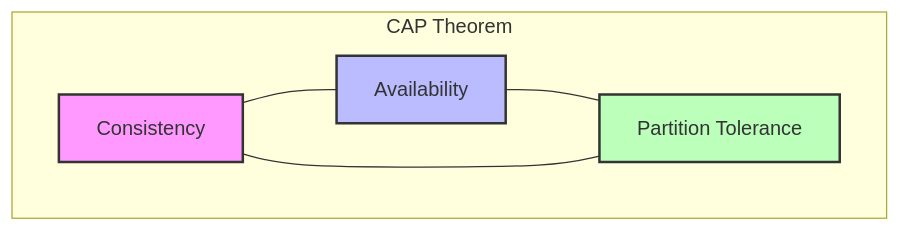
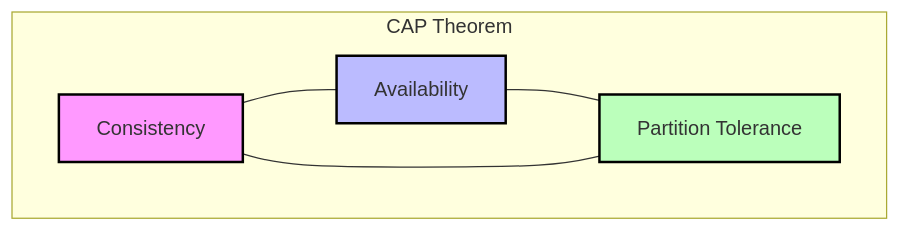
The first of 2 diagrams in SYSTEM-DESIGN/01-fundamentals/cap-theorem.md (bvvivek6/PLACEMENT-REVISION), drawn with Mermaid before and after one commit.

Commit message:
minor change

````diff
--- a/SYSTEM-DESIGN/01-fundamentals/cap-theorem.md
+++ b/SYSTEM-DESIGN/01-fundamentals/cap-theorem.md
@@ -31,12 +31,13 @@
 ```mermaid
 graph TD
     subgraph CAP Theorem
     C[Consistency] --- A[Availability]
     A --- P[Partition Tolerance]
     P --- C
     end
 
-    style C fill:#f9f,stroke:#333,stroke-width:2px
-    style A fill:#bbf,stroke:#333,stroke-width:2px
-    style P fill:#bfb,stroke:#333,stroke-width:2px
+    style C fill:#f9f,stroke:#000,stroke-width:2px
+    style A fill:#bbf,stroke:#000,stroke-width:2px
+    style P fill:#bfb,stroke:#000,stroke-width:2px
+
 ```
````
